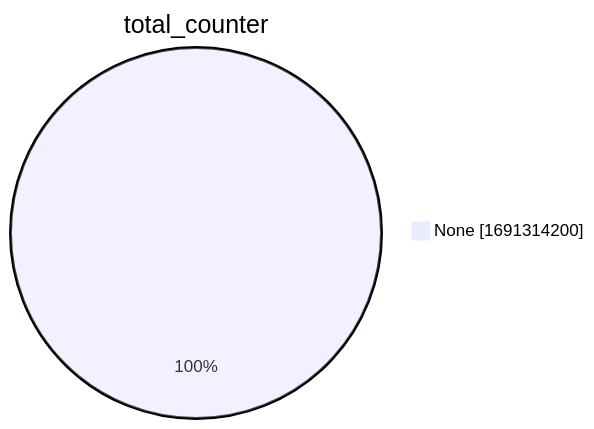
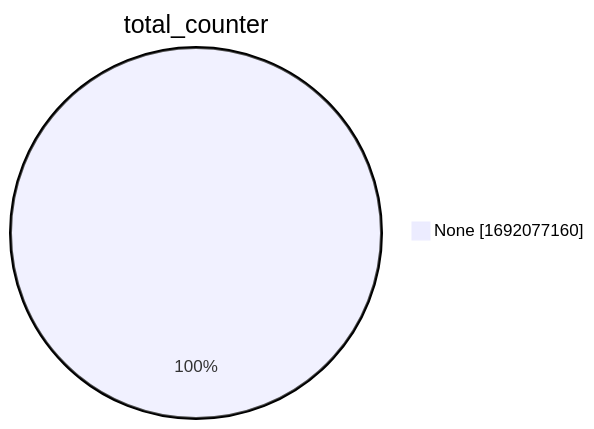
Before and after one commit to christiankrug/ctmonitor_visualization: the second of 15 diagrams in xenon2022/README.md, drawn with Mermaid. The commit also changed other lines of this file, not shown here.

````diff
--- a/xenon2022/README.md
+++ b/xenon2022/README.md
@@ -9,5 +9,5 @@
 ```mermaid
 pie showData
 title total_counter
-"None" :1691314200
+"None" :1692077160
 ```
````
